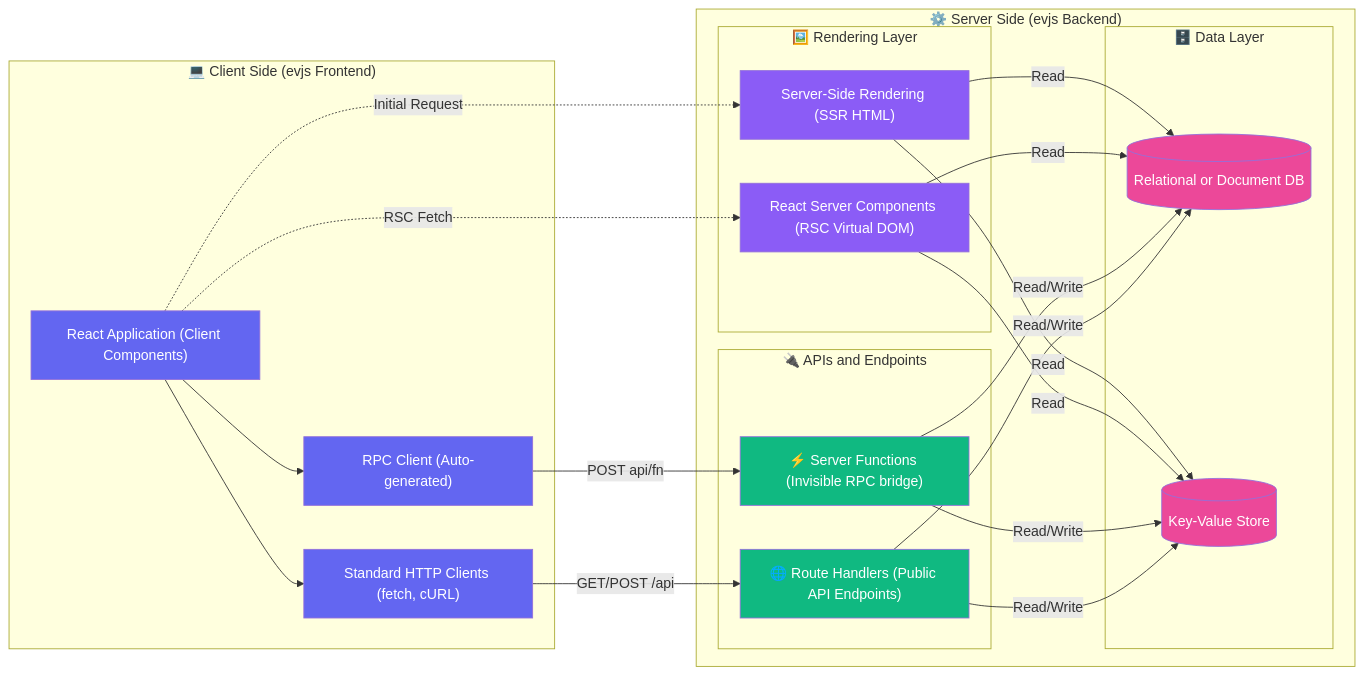
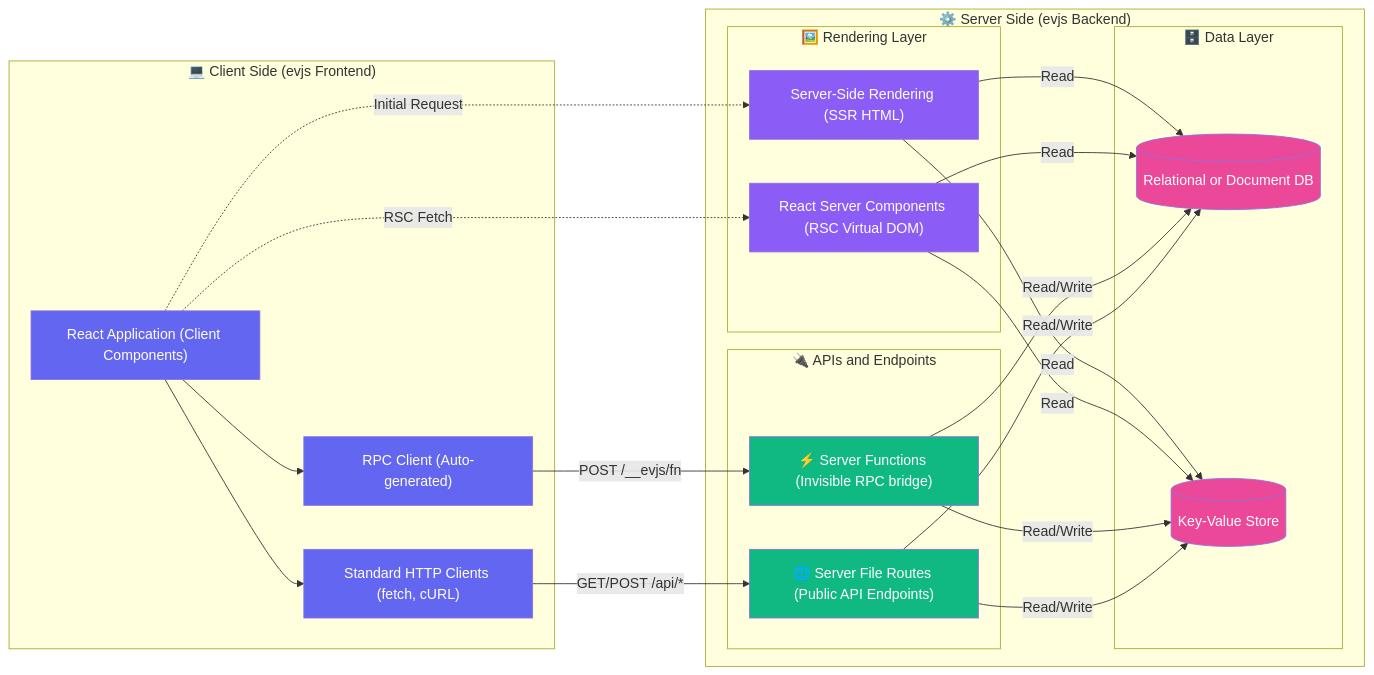
Before and after one commit to binhanchen25-arch/evjs: the diagram in OVERVIEW.md, drawn with Mermaid. The commit also changed 47 other files, not shown here.

````diff
--- a/OVERVIEW.md
+++ b/OVERVIEW.md
@@ -9,64 +9,64 @@
 ```mermaid
 flowchart LR
     %% Client Nodes
     subgraph ClientSide ["💻 Client Side (evjs Frontend)"]
         UI["React Application (Client Components)"]
         RPC["RPC Client (Auto-generated)"]
         FETCH["Standard HTTP Clients (fetch, cURL)"]
     end
 
     %% Server Nodes
     subgraph ServerSide ["⚙️ Server Side (evjs Backend)"]
         subgraph RenderingLayer ["🖼️ Rendering Layer"]
             SSR["Server-Side Rendering (SSR HTML)"]
             RSC["React Server Components (RSC Virtual DOM)"]
         end
         
         subgraph APILayer ["🔌 APIs and Endpoints"]
             SF["⚡ Server Functions (Invisible RPC bridge)"]
-            RH["🌐 Route Handlers (Public API Endpoints)"]
+            RH["🌐 Server File Routes (Public API Endpoints)"]
         end
 
         subgraph DataLayer ["🗄️ Data Layer"]
             DB[("Relational or Document DB")]
             KV[("Key-Value Store")]
         end
     end
 
     %% Internal Data Flow
     SSR -->|"Read"| DB
     SSR -->|"Read"| KV
     
     RSC -->|"Read"| DB
     RSC -->|"Read"| KV
     
     SF -->|"Read/Write"| DB
     SF -->|"Read/Write"| KV
     
     RH -->|"Read/Write"| DB
     RH -->|"Read/Write"| KV
 
     %% Network Flow
     UI --> RPC
     UI --> FETCH
     
     UI -.->|"Initial Request"| SSR
     UI -.->|"RSC Fetch"| RSC
     
-    RPC -->|"POST api/fn"| SF
-    FETCH -->|"GET/POST /api"| RH
+    RPC -->|"POST /__evjs/fn"| SF
+    FETCH -->|"GET/POST /api/*"| RH
 
     %% Styling
     style UI fill:#6366f1,color:#fff
     style FETCH fill:#6366f1,color:#fff
     style RPC fill:#6366f1,color:#fff
     
     style SSR fill:#8b5cf6,color:#fff
     style RSC fill:#8b5cf6,color:#fff
     
     style SF fill:#10b981,color:#fff
     style RH fill:#10b981,color:#fff
     
     style DB fill:#ec4899,color:#fff
     style KV fill:#ec4899,color:#fff
 ```
````
